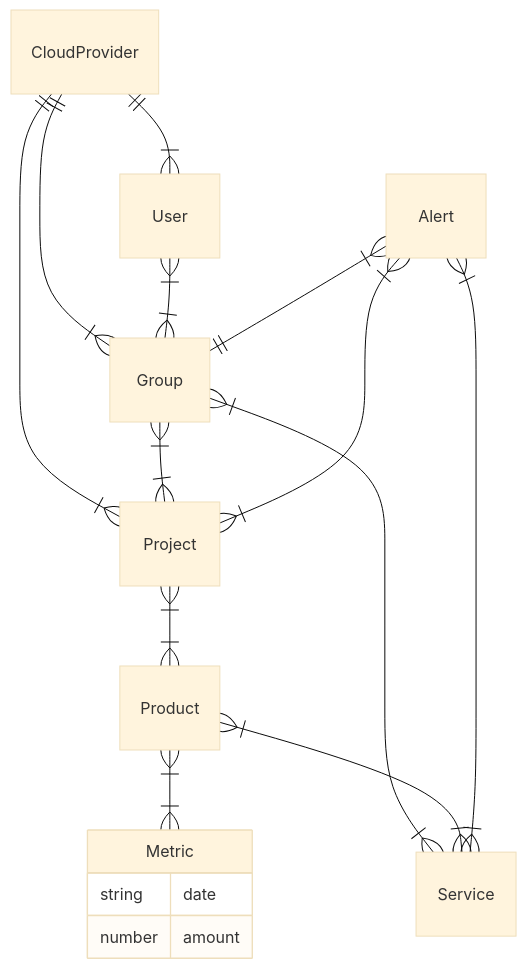
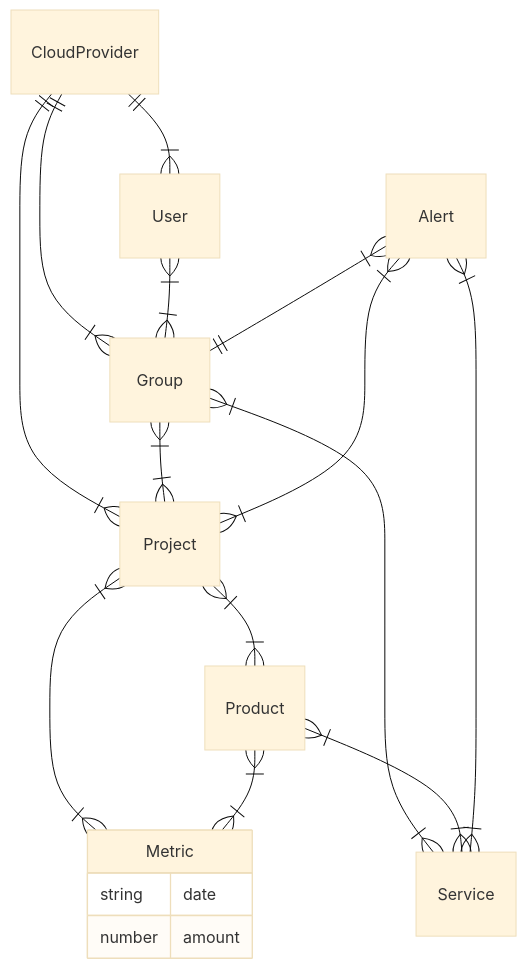
Before and after one commit to seizadi/cost-insights-backend: the first of 2 diagrams in docs/index.md, drawn with Mermaid (base theme). The commit also changed other lines of this file, not shown here.

````diff
--- a/docs/index.md
+++ b/docs/index.md
@@ -34,19 +38,20 @@
 ```mermaid
 erDiagram
     Metric {
         string date
         number amount
     }
     CloudProvider ||--|{ User : ""
     CloudProvider ||--|{ Group : ""
     CloudProvider ||--|{ Project : ""
     User }|--|{ Group : ""
     Group }|--|{ Project : ""    
     Project }|--|{ Product : ""
+    Project }|--|{ Metric : ""
     Product }|--|{ Metric : ""
     Alert }|--|{ Project : ""
     Alert }|--|| Group : ""
     Group }|--|{ Service : ""
     Product }|--|{ Service : ""
     Alert }|--|{ Service : ""
 ```
````
